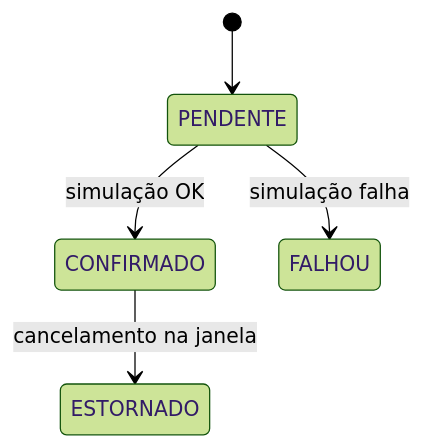
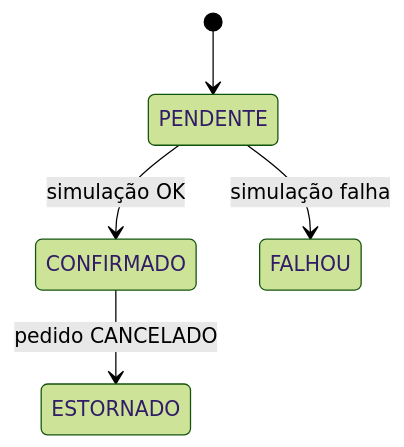
One commit to umishell/VEGGO changed the fourth of 5 diagrams in foundation/pitch_delivery.md. Above: the diagram before and after it, drawn with Mermaid (forest theme). The commit also changed other lines of this file and 81 other files, not shown here.

````diff
--- a/foundation/pitch_delivery.md
+++ b/foundation/pitch_delivery.md
@@ -144,7 +183,7 @@
 ```mermaid
 stateDiagram-v2
     [*] --> PENDENTE
     PENDENTE --> CONFIRMADO: simulação OK
     PENDENTE --> FALHOU: simulação falha
-    CONFIRMADO --> ESTORNADO: cancelamento na janela
+    CONFIRMADO --> ESTORNADO: pedido CANCELADO
 ```
````
